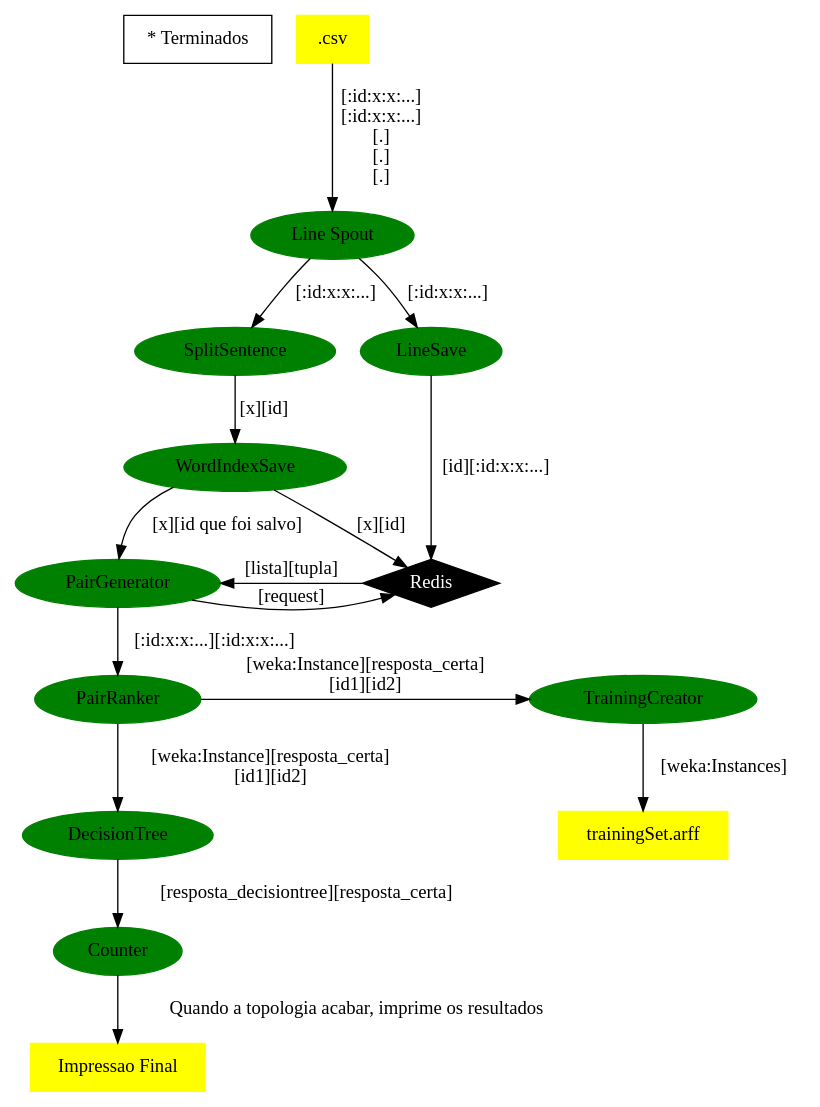
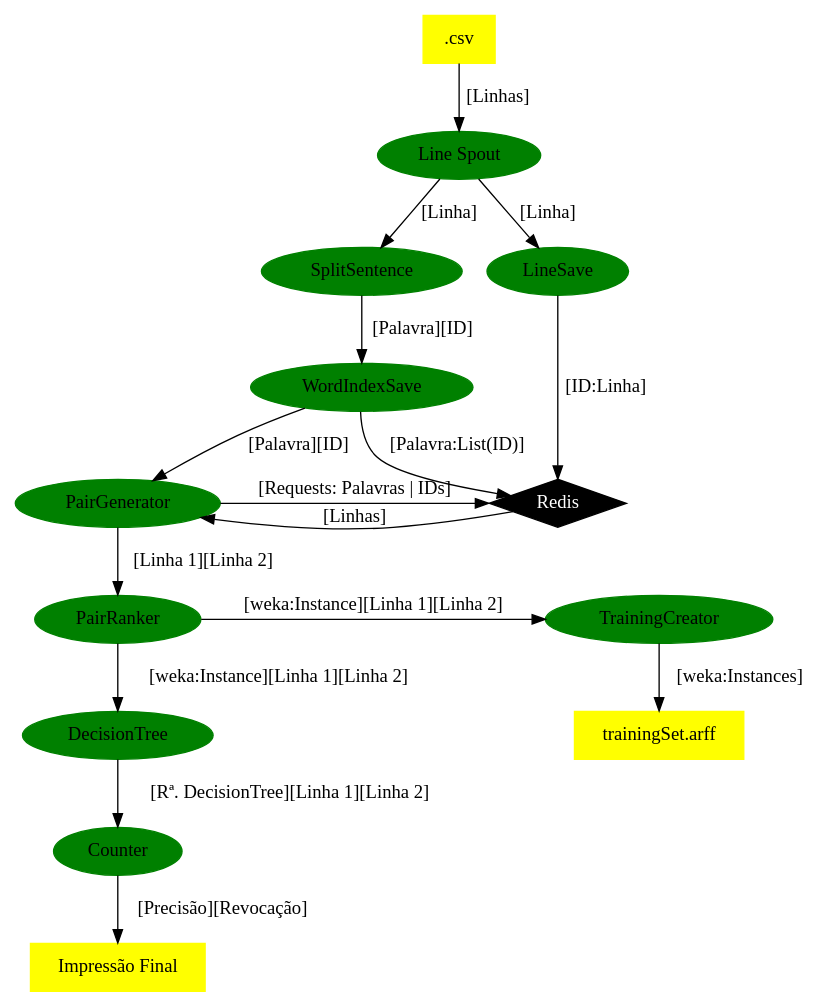
Before and after one commit to luanfelixpimentel/storminho: the diagram in info/whats_going_on.dot, drawn with Graphviz. The commit also changed 1 other file, not shown here.

```diff
--- a/info/whats_going_on.dot
+++ b/info/whats_going_on.dot
@@ -1,63 +1,61 @@
 digraph projeto_topology {
     node [style="filled"]
-    comments [shape="box" fillcolor="white" label="* Terminados"]
 
     //files
     {
         node [shape="box" color="yellow"]
         csv [label=".csv"]
-        impressaofinal [label="Impressao Final"]
+        impressaofinal [label="Impressão Final"]
         trainingset [label="trainingSet.arff"]
     }
     //spouts and bolts
     {
         node [shape="ellipse" color="green"]
         linespout [label="Line Spout", comment="teste"]
         splitsentence [label="SplitSentence"]
         linesave [label="LineSave"]
         wordindexsave [label="WordIndexSave"]
         pairranker [label="PairRanker"]
         pairgenerator [label="PairGenerator"]
         decisiontree [label="DecisionTree"]
         counter [label="Counter"]
         trainingcreator [label="TrainingCreator"]
     }
     //programas
     {
         node [shape="trapezium" color="orange"]
     }
 
     //outros
     {
         node [shape="diamond" color="black" fontcolor="white"]
         redis [label="Redis"]
     }
 
     //ligações
     {
-        csv -> linespout [label="[:id:x:x:...]\n[:id:x:x:...]\n[.]\n[.]\n[.]"]
-        linespout -> splitsentence [label="[:id:x:x:...]"]
-        linespout -> linesave [label="[:id:x:x:...]"]
-        linesave -> redis [label="[id][:id:x:x:...]"]
-        splitsentence -> wordindexsave [label="[x][id]"]
-        wordindexsave -> redis[label="[x][id]"]
-        wordindexsave -> pairgenerator [label="[x][id que foi salvo]"]
-        pairgenerator -> redis [label="[request]"]
-        redis -> pairgenerator [label="[lista][tupla]"]
-        pairgenerator -> pairranker [label="[:id:x:x:...][:id:x:x:...]"]
-        pairranker -> {trainingcreator decisiontree} [label="[weka:Instance][resposta_certa]\n[id1][id2]"]
+        csv -> linespout [label="[Linhas]"]
+        linespout -> {linesave splitsentence} [label="[Linha]"]
+        linesave -> redis [label="[ID:Linha]"]
+        splitsentence -> wordindexsave [label="[Palavra][ID]"]
+        wordindexsave -> redis [label="[Palavra:List(ID)]"]
+        wordindexsave -> pairgenerator [label="[Palavra][ID]"]
+        pairgenerator -> redis [label="[Requests: Palavras | IDs]"]
+        redis -> pairgenerator [label="[Linhas]"]
+        pairgenerator -> pairranker [label="[Linha 1][Linha 2]"]
+        pairranker -> {trainingcreator decisiontree} [label="[weka:Instance][Linha 1][Linha 2]"]
         trainingcreator -> trainingset [label="[weka:Instances]"]
-        decisiontree -> counter [label="[resposta_decisiontree][resposta_certa]"]
-        counter -> impressaofinal [label="Quando a topologia acabar, imprime os resultados"]
+        decisiontree -> counter [label="[Rª. DecisionTree][Linha 1][Linha 2]"]
+        counter -> impressaofinal [label="[Precisão][Revocação]"]
 
     }
 
     //ranks (posições)
     {
         {rank=same; splitsentence linesave}
         {rank=same; pairgenerator redis}
         {rank=same; pairranker trainingcreator}
 
 
     }
 }
```
